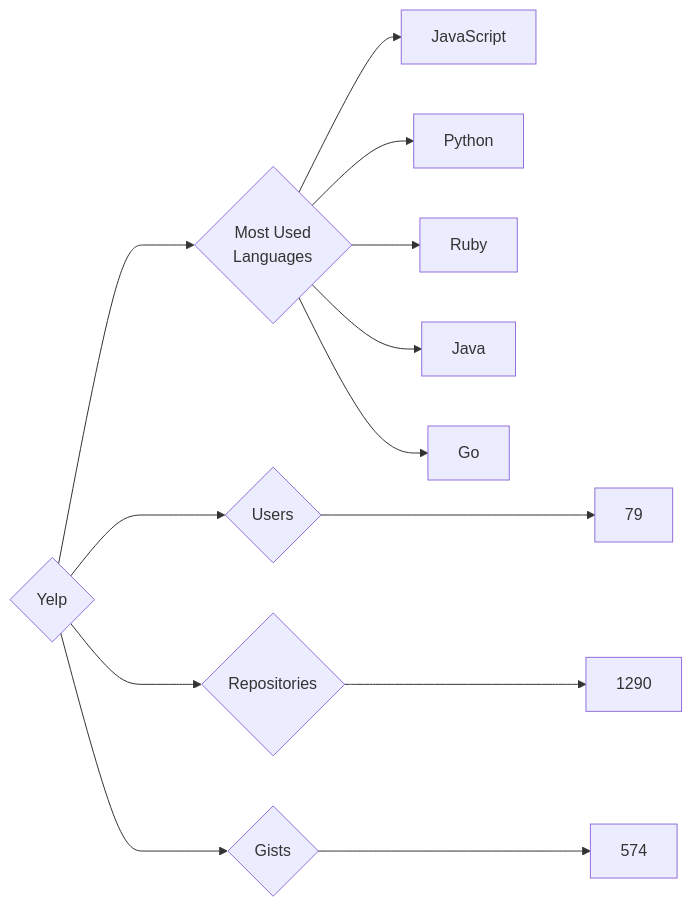
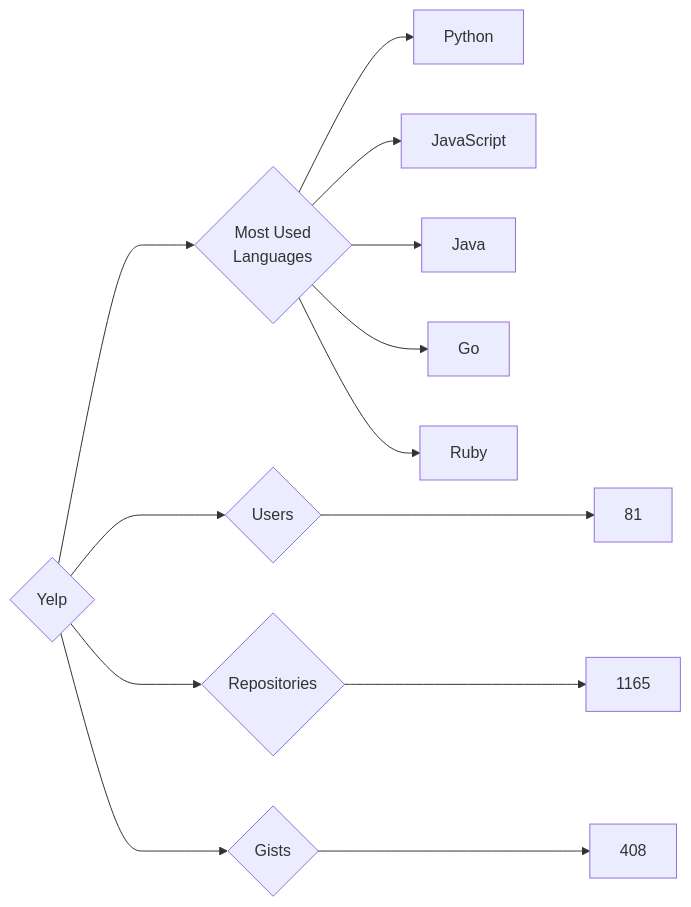
The diagram in targets/Yelp/README.md (trickest/insiders), drawn with Mermaid before and after one commit. The commit also changed 895 other files, not shown here.

````diff
--- a/targets/Yelp/README.md
+++ b/targets/Yelp/README.md
@@ -3,13 +3,13 @@
 ```mermaid
 graph LR
 COMPANY_NAME{Yelp}
-COMPANY_NAME ---> U{Users} ---> UN[79]
-COMPANY_NAME ---> R{Repositories} ---> RN[1290]
-COMPANY_NAME ---> G{Gists} ---> GN[574]
+COMPANY_NAME ---> U{Users} ---> UN[81]
+COMPANY_NAME ---> R{Repositories} ---> RN[1165]
+COMPANY_NAME ---> G{Gists} ---> GN[408]
 COMPANY_NAME ---> ML{Most Used<br>Languages}
+ML --> Python[Python]
 ML --> JavaScript[JavaScript]
-ML --> Python[Python]
-ML --> Ruby[Ruby]
 ML --> Java[Java]
 ML --> Go[Go]
+ML --> Ruby[Ruby]
 ```
````
